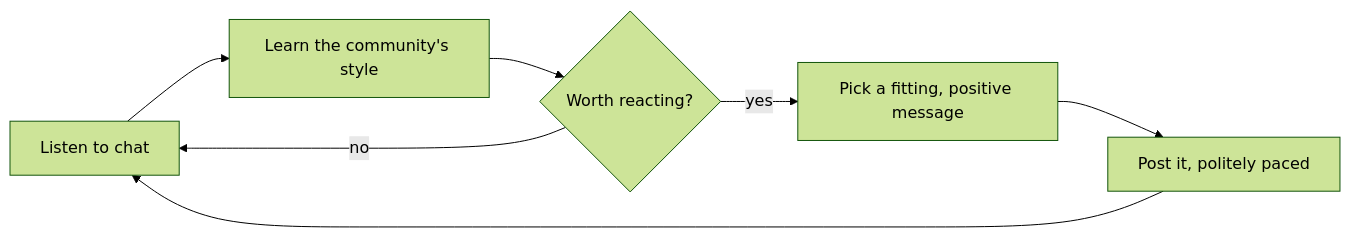
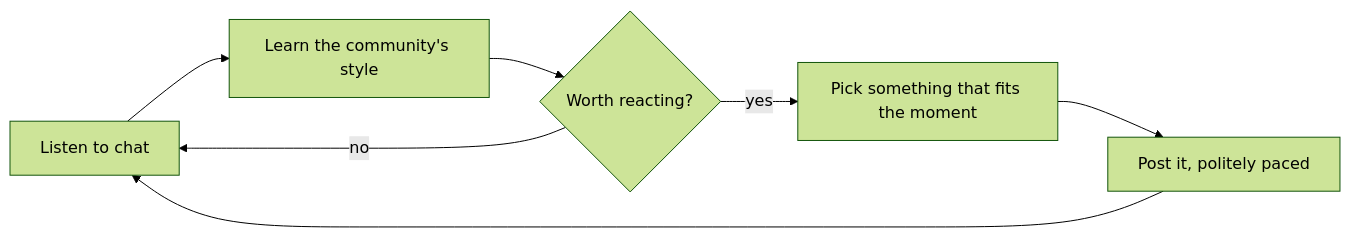
One commit to MCantuncer/kick-chat-bot changed the diagram in README.md. Above: the diagram before and after it, drawn with Mermaid (forest theme). The commit also changed other lines of this file, not shown here.

Commit message:
docs: make the README intro sound less scripted

````diff
--- a/README.md
+++ b/README.md
@@ -34,9 +34,9 @@
 ```mermaid
 flowchart LR
     A[Listen to chat] --> B[Learn the community's style]
     B --> C{Worth reacting?}
     C -- no --> A
-    C -- yes --> D[Pick a fitting, positive message]
+    C -- yes --> D[Pick something that fits the moment]
     D --> E[Post it, politely paced]
     E --> A
 ```
````
